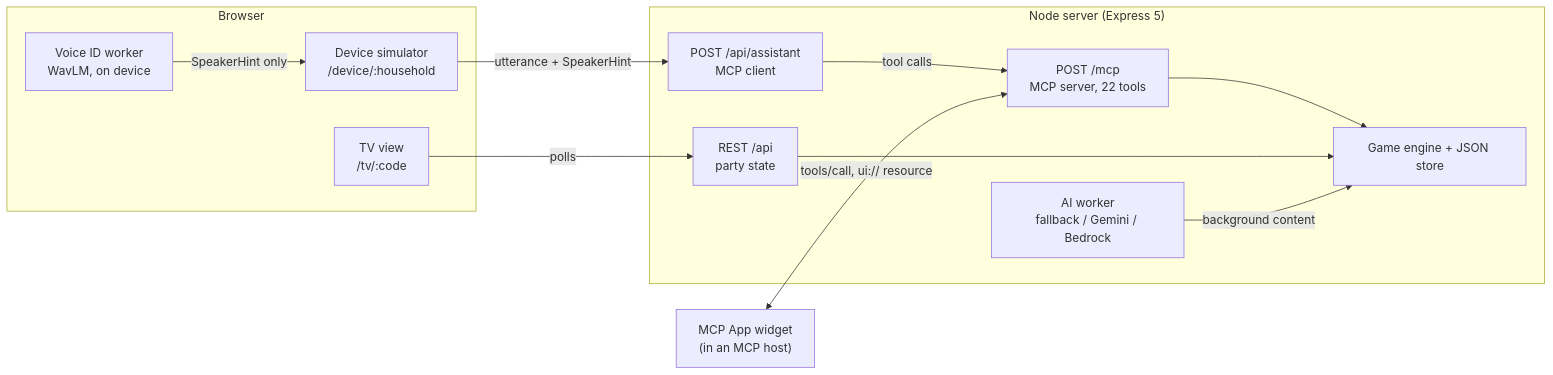
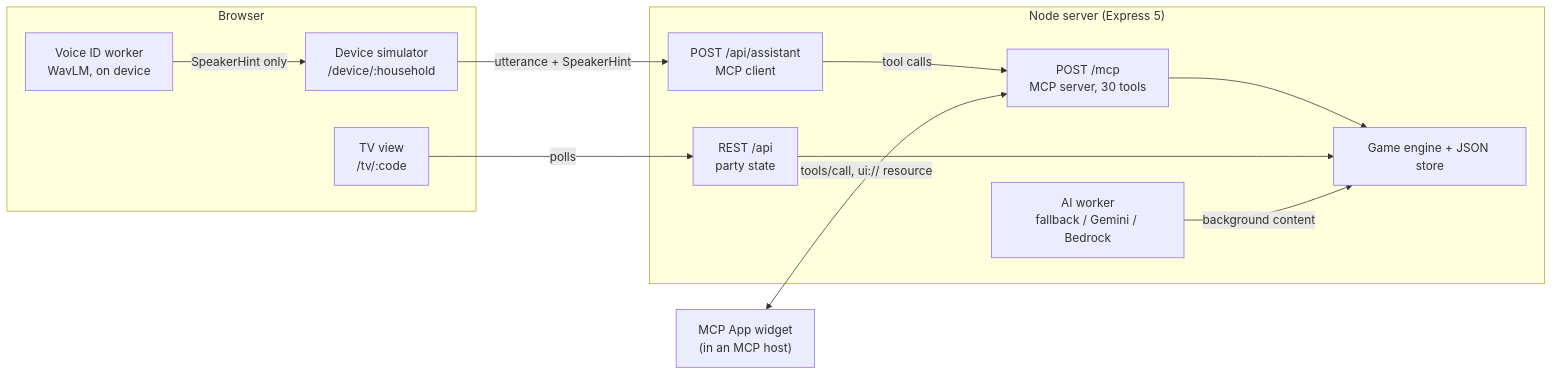
Before and after one commit to Azrkiel/Benchwarmers: the diagram in README.md, drawn with Mermaid. The commit also changed other lines of this file and 5 other files, not shown here.

````diff
--- a/README.md
+++ b/README.md
@@ -21,24 +23,24 @@
 ```mermaid
 flowchart LR
   subgraph Browser
     DEV["Device simulator<br/>/device/:household"]
     VID["Voice ID worker<br/>WavLM, on device"]
     TV["TV view<br/>/tv/:code"]
   end
   subgraph Server["Node server (Express 5)"]
     ASSIST["POST /api/assistant<br/>MCP client"]
-    MCP["POST /mcp<br/>MCP server, 22 tools"]
+    MCP["POST /mcp<br/>MCP server, 30 tools"]
     REST["REST /api<br/>party state"]
     ENGINE["Game engine + JSON store"]
     AI["AI worker<br/>fallback / Gemini / Bedrock"]
   end
   WIDGET["MCP App widget<br/>(in an MCP host)"]
   VID -- SpeakerHint only --> DEV
   DEV -- utterance + SpeakerHint --> ASSIST
   ASSIST -- tool calls --> MCP
   WIDGET <-- tools/call, ui:// resource --> MCP
   MCP --> ENGINE
   REST --> ENGINE
   TV -- polls --> REST
   AI -- background content --> ENGINE
 ```
````
